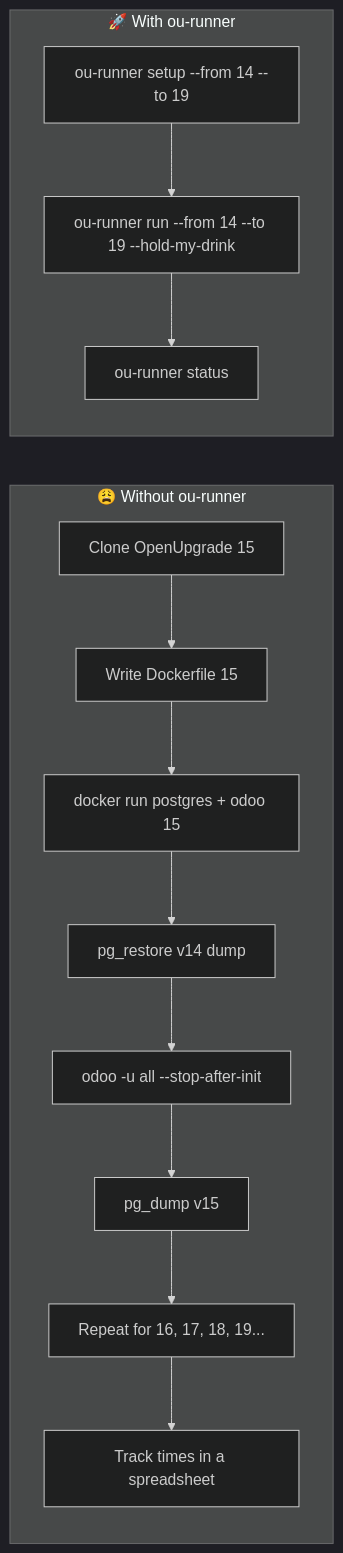
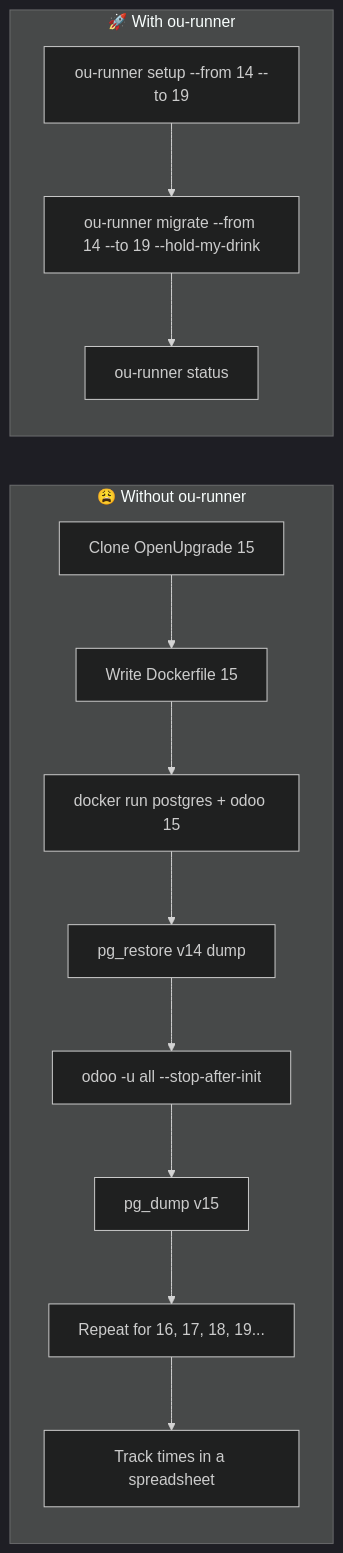
The first of 3 diagrams in README.md (aidooit/ou-runner), drawn with Mermaid (dark theme) before and after one commit. The commit also changed other lines of this file and 1 other file, not shown here.

First line of the commit message:
Rename `run` command to `migrate`

````diff
--- a/README.md
+++ b/README.md
@@ -42,20 +42,20 @@
 ```mermaid
 flowchart LR
   subgraph WITHOUT["😩 Without ou-runner"]
     direction TB
     W1[Clone OpenUpgrade 15] --> W2[Write Dockerfile 15]
     W2 --> W3[docker run postgres + odoo 15]
     W3 --> W4[pg_restore v14 dump]
     W4 --> W5[odoo -u all --stop-after-init]
     W5 --> W6[pg_dump v15]
     W6 --> W7[Repeat for 16, 17, 18, 19...]
     W7 --> W8[Track times in a spreadsheet]
   end
 
   subgraph WITH["🚀 With ou-runner"]
     direction TB
     R1[ou-runner setup --from 14 --to 19]
-    R1 --> R2[ou-runner run --from 14 --to 19 --hold-my-drink]
+    R1 --> R2[ou-runner migrate --from 14 --to 19 --hold-my-drink]
     R2 --> R3[ou-runner status]
   end
 ```
````
